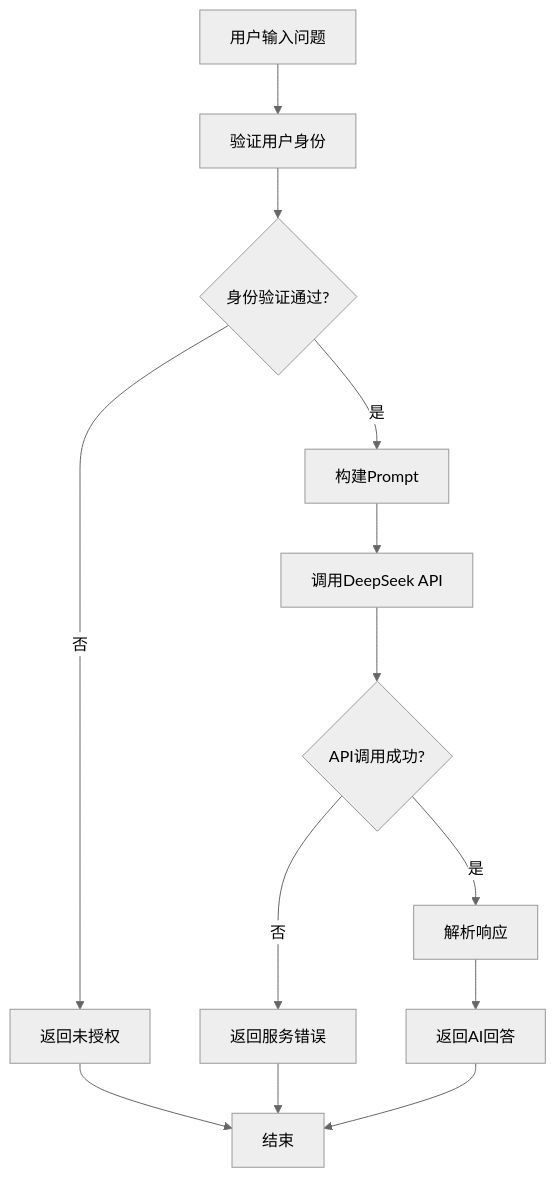
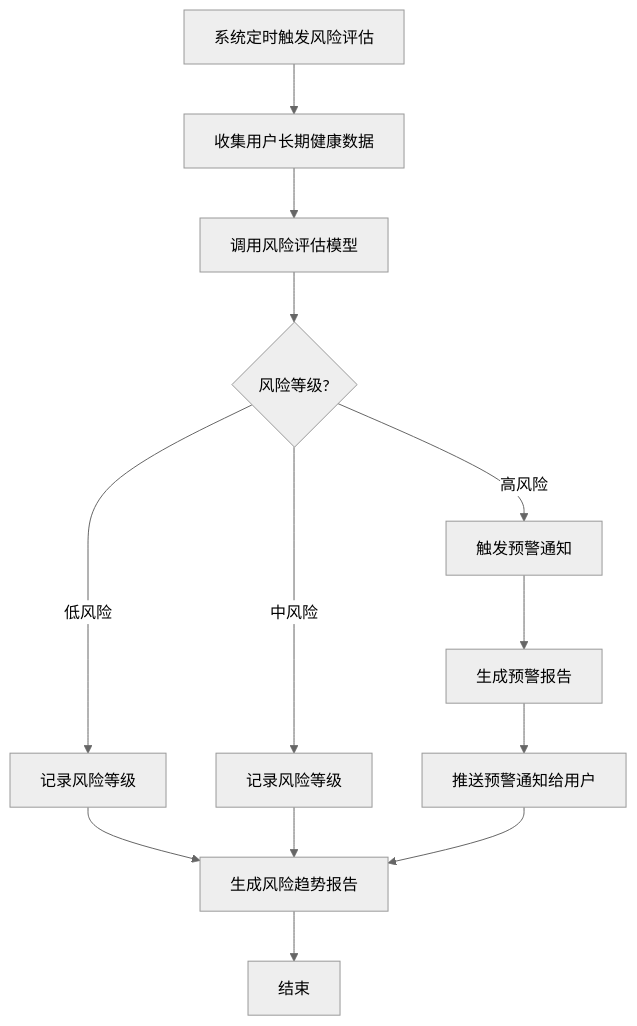
Before and after one commit to jiangandhao/-DeepSeek-: the tenth of 10 diagrams in HEALTH_MANAGEMENT_SRS.md, drawn with Mermaid (neutral theme). The commit also changed other lines of this file and 19 other files, not shown here.

````diff
--- a/HEALTH_MANAGEMENT_SRS.md
+++ b/HEALTH_MANAGEMENT_SRS.md
@@ -438,16 +570,19 @@
 ```mermaid
 flowchart TD
-    A["用户输入问题"] --> B["验证用户身份"]
-    B --> C{"身份验证通过?"}
-    C -->|"否"| D["返回未授权"]
-    C -->|"是"| E["构建Prompt"]
-    E --> F["调用DeepSeek API"]
-    F --> G{"API调用成功?"}
-    G -->|"否"| H["返回服务错误"]
-    G -->|"是"| I["解析响应"]
-    I --> J["返回AI回答"]
+    A["系统定时触发风险评估"] --> B["收集用户长期健康数据"]
+    B --> C["调用风险评估模型"]
+    C --> D{"风险等级?"}
     
-    D --> K["结束"]
-    H --> K
-    J --> K
+    D -->|"低风险"| E["记录风险等级"]
+    D -->|"中风险"| F["记录风险等级"]
+    D -->|"高风险"| G["触发预警通知"]
+    
+    G --> H["生成预警报告"]
+    H --> I["推送预警通知给用户"]
+    
+    E --> J["生成风险趋势报告"]
+    F --> J
+    I --> J
+    
+    J --> K["结束"]
 ```
````
